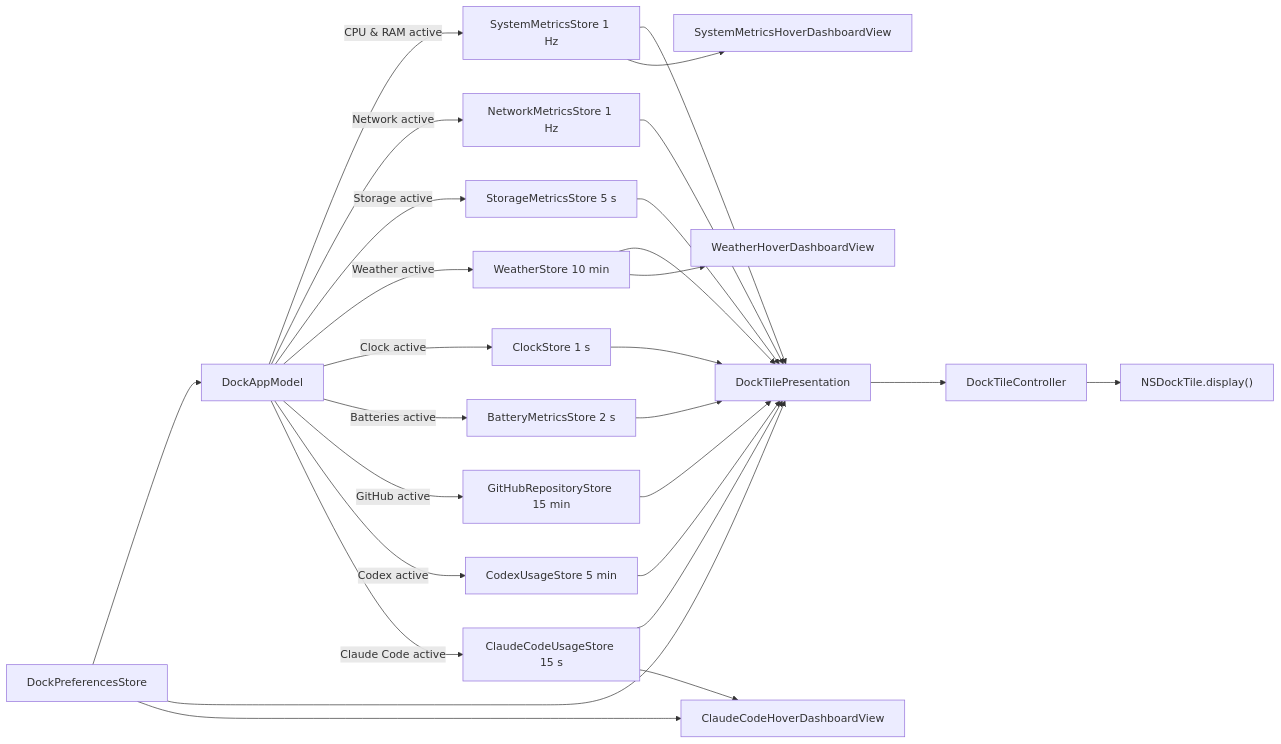
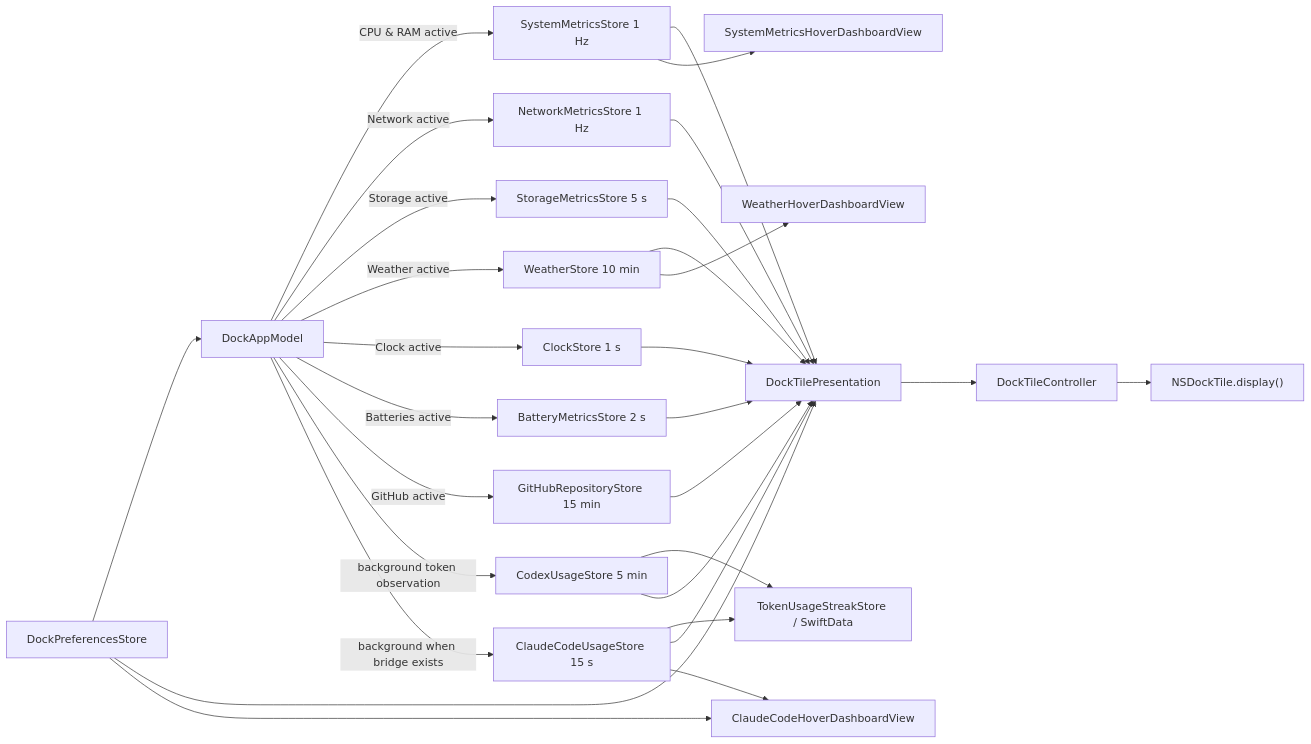
Before and after one commit to thanhdongnguyen/DockMagic: the diagram in docs/ARCHITECTURE.md, drawn with Mermaid. The commit also changed other lines of this file and 139 other files, not shown here.

````diff
--- a/docs/ARCHITECTURE.md
+++ b/docs/ARCHITECTURE.md
@@ -91,29 +92,31 @@
 ```mermaid
 flowchart LR
     P["DockPreferencesStore"] --> A["DockAppModel"]
     A -->|"CPU & RAM active"| M["SystemMetricsStore 1 Hz"]
     A -->|"Network active"| R["NetworkMetricsStore 1 Hz"]
     A -->|"Storage active"| S["StorageMetricsStore 5 s"]
     A -->|"Weather active"| W["WeatherStore 10 min"]
     A -->|"Clock active"| K["ClockStore 1 s"]
     A -->|"Batteries active"| B["BatteryMetricsStore 2 s"]
     A -->|"GitHub active"| G["GitHubRepositoryStore 15 min"]
-    A -->|"Codex active"| C["CodexUsageStore 5 min"]
-    A -->|"Claude Code active"| L["ClaudeCodeUsageStore 15 s"]
+    A -->|"background token observation"| C["CodexUsageStore 5 min"]
+    A -->|"background when bridge exists"| L["ClaudeCodeUsageStore 15 s"]
+    C --> T["TokenUsageStreakStore / SwiftData"]
+    L --> T
     M --> D["DockTilePresentation"]
     M --> X["SystemMetricsHoverDashboardView"]
     R --> D
     S --> D
     W --> D
     W --> Y["WeatherHoverDashboardView"]
     K --> D
     B --> D
     G --> D
     C --> D
     L --> D
     P --> D
     D --> H["DockTileController"]
     H --> N["NSDockTile.display()"]
     L --> V["ClaudeCodeHoverDashboardView"]
     P --> V
 ```
````
